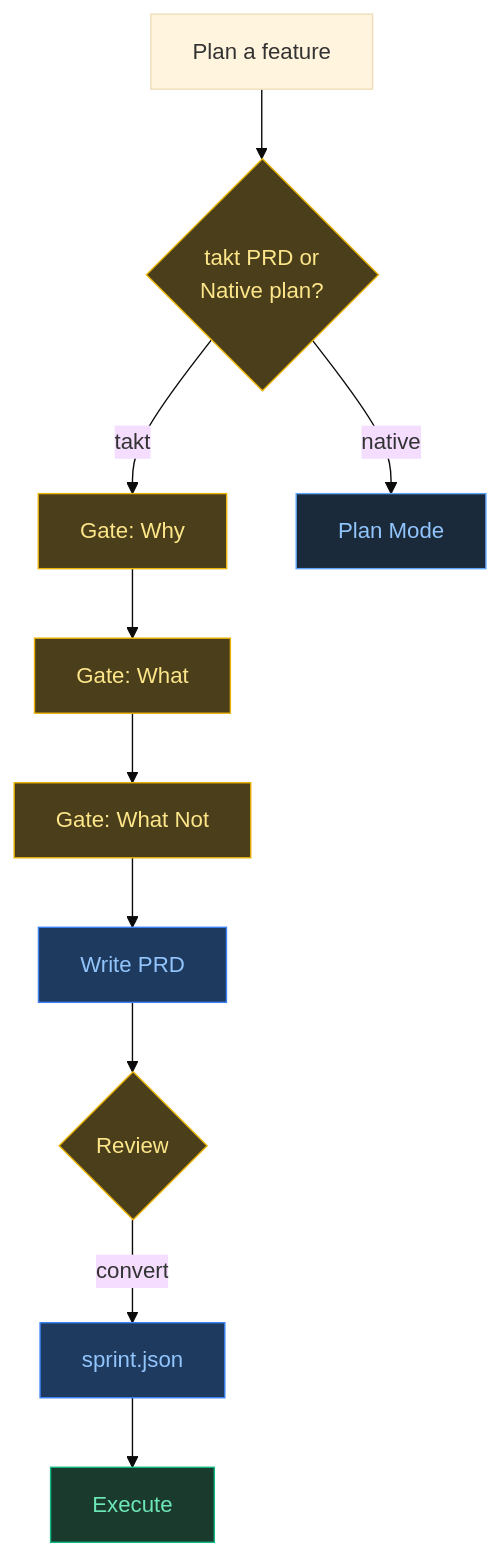
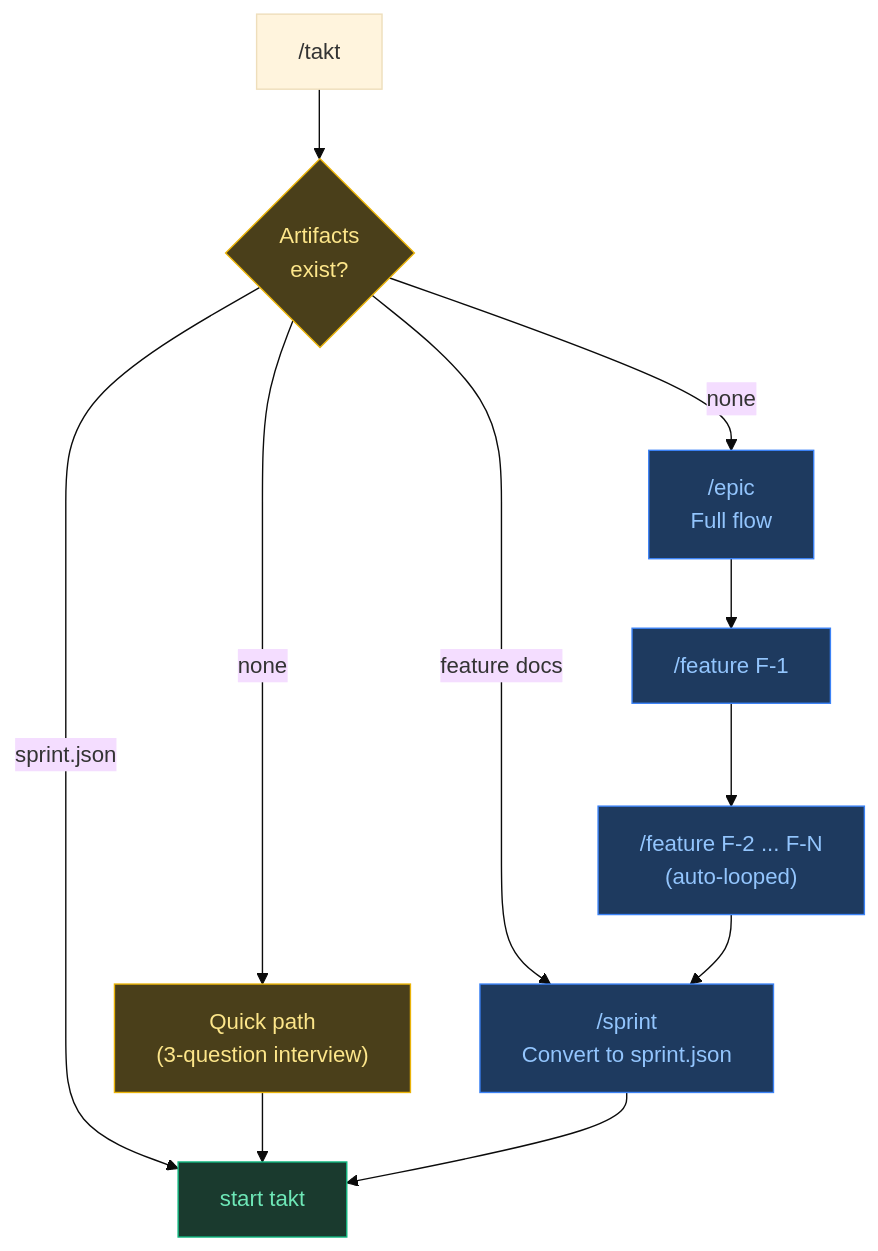
One commit to Sebstrdigital/takt changed the second of 3 diagrams in README.md. Above: the diagram before and after it, drawn with Mermaid (base theme). The commit also changed other lines of this file and 1 other file, not shown here.

Commit message:
docs: update README planning flow and CHANGELOG for PRs #7 and #8

````diff
--- a/README.md
+++ b/README.md
@@ -45,22 +45,21 @@
 ```mermaid
 graph TD
-    U["Plan a feature"] --> G{"takt PRD or\nNative plan?"}
-    G -- "takt" --> W["Gate: Why"]
-    G -- "native" --> NP["Plan Mode"]
-    W --> WH["Gate: What"]
-    WH --> WN["Gate: What Not"]
-    WN --> P["Write PRD"]
-    P --> R{"Review"}
-    R -- "convert" --> T["sprint.json"]
-    T --> E["Execute"]
+    U["/takt"] --> D{"Artifacts\nexist?"}
+    D -- "none" --> QP["Quick path\n(3-question interview)"]
+    D -- "none" --> EP["/epic\nFull flow"]
+    D -- "feature docs" --> SP["/sprint\nConvert to sprint.json"]
+    D -- "sprint.json" --> EX["start takt"]
+    EP --> F1["/feature F-1"]
+    F1 --> F2["/feature F-2 ... F-N\n(auto-looped)"]
+    F2 --> SP
+    QP --> EX
+    SP --> EX
 
-    style G fill:#4a3f1a,stroke:#eab308,color:#fde68a
-    style W fill:#4a3f1a,stroke:#eab308,color:#fde68a
-    style WH fill:#4a3f1a,stroke:#eab308,color:#fde68a
-    style WN fill:#4a3f1a,stroke:#eab308,color:#fde68a
-    style R fill:#4a3f1a,stroke:#eab308,color:#fde68a
-    style P fill:#1e3a5f,stroke:#3b82f6,color:#93c5fd
-    style T fill:#1e3a5f,stroke:#3b82f6,color:#93c5fd
-    style E fill:#1a3a2e,stroke:#10b981,color:#6ee7b7
-    style NP fill:#1a2a3a,stroke:#60a5fa,color:#93c5fd
+    style D fill:#4a3f1a,stroke:#eab308,color:#fde68a
+    style QP fill:#4a3f1a,stroke:#eab308,color:#fde68a
+    style EP fill:#1e3a5f,stroke:#3b82f6,color:#93c5fd
+    style F1 fill:#1e3a5f,stroke:#3b82f6,color:#93c5fd
+    style F2 fill:#1e3a5f,stroke:#3b82f6,color:#93c5fd
+    style SP fill:#1e3a5f,stroke:#3b82f6,color:#93c5fd
+    style EX fill:#1a3a2e,stroke:#10b981,color:#6ee7b7
 ```
````
